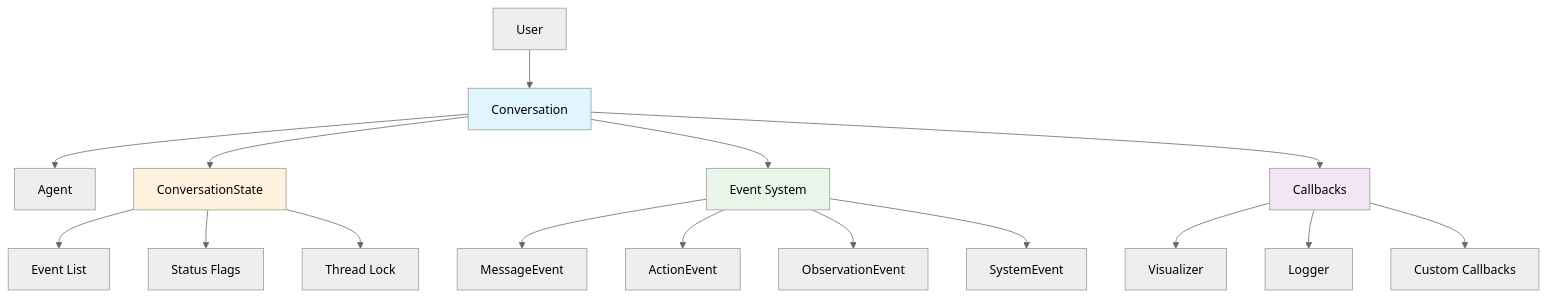
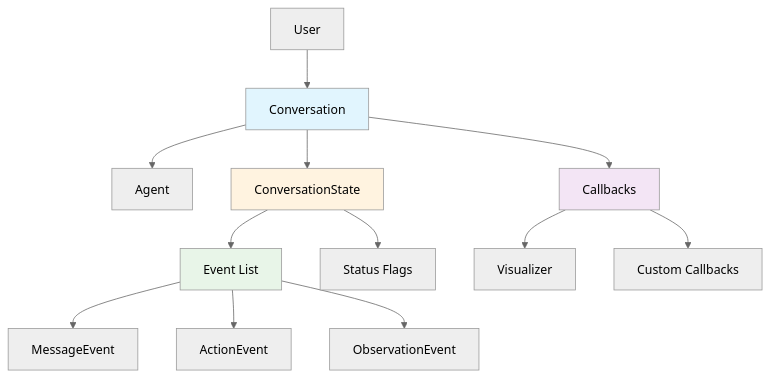
Before and after one commit to OpenHands/docs: the diagram in agent-sdk/architecture/conversation.mdx, drawn with Mermaid (neutral theme). The commit also changed 5 other files, not shown here.

````diff
--- a/agent-sdk/architecture/conversation.mdx
+++ b/agent-sdk/architecture/conversation.mdx
@@ -10,26 +10,22 @@
 ```mermaid
-graph TB
+graph TD
     User[User] --> Conversation[Conversation]
     Conversation --> Agent[Agent]
     Conversation --> State[ConversationState]
-    Conversation --> Events[Event System]
-    Conversation --> Callbacks[Callbacks]
     
-    State --> EventList[Event List]
+    State --> Events[Event List]
     State --> Flags[Status Flags]
-    State --> Lock[Thread Lock]
     
     Events --> MessageEvent[MessageEvent]
     Events --> ActionEvent[ActionEvent]
     Events --> ObservationEvent[ObservationEvent]
-    Events --> SystemEvent[SystemEvent]
     
+    Conversation --> Callbacks[Callbacks]
     Callbacks --> Visualizer[Visualizer]
-    Callbacks --> Logger[Logger]
     Callbacks --> Custom[Custom Callbacks]
     
     style Conversation fill:#e1f5fe
     style State fill:#fff3e0
     style Events fill:#e8f5e8
     style Callbacks fill:#f3e5f5
 ```
````
